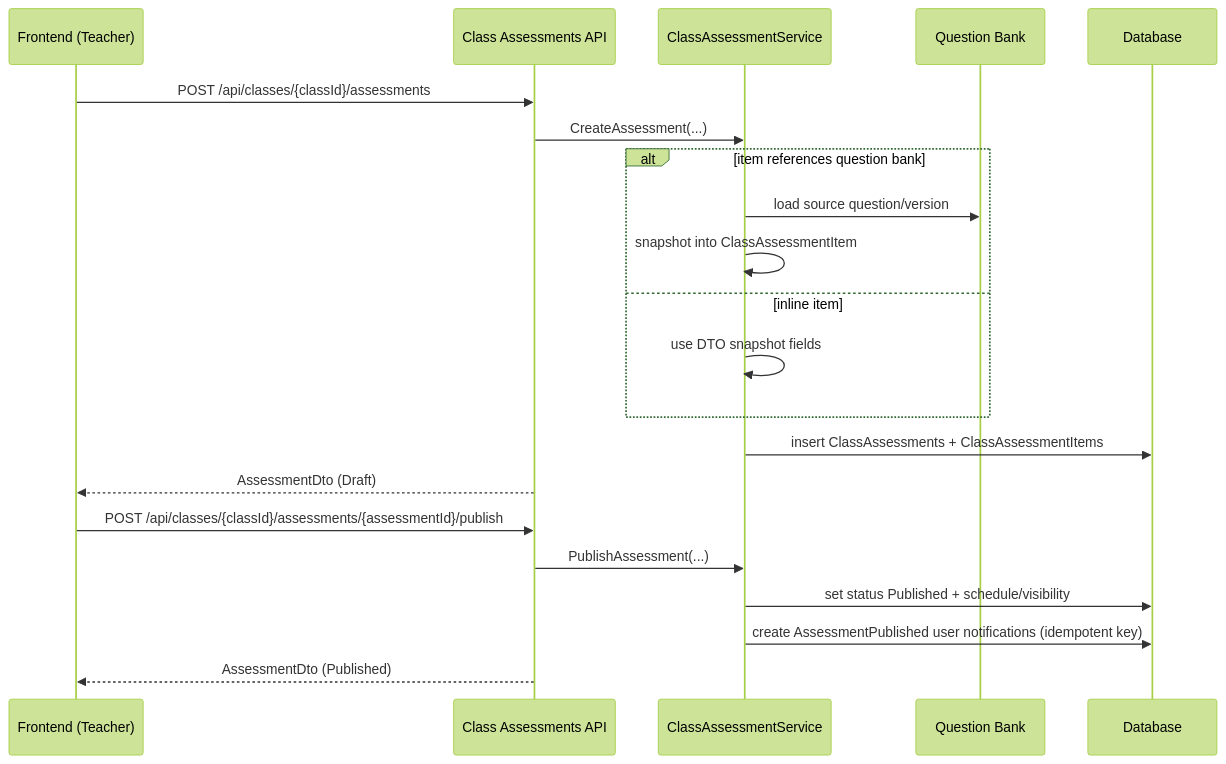
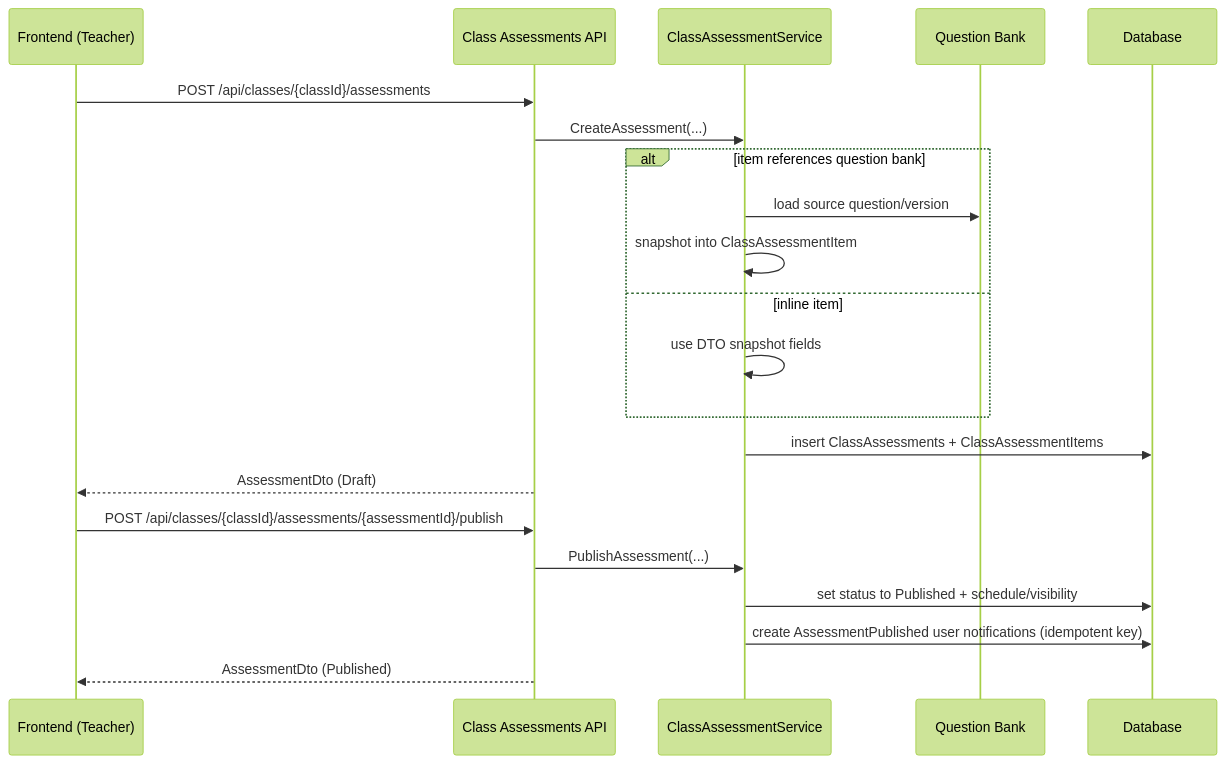
The first of 3 diagrams in docs/features/api-flow-assessment.md (Nguyentheanh1424/examxy), drawn with Mermaid (forest theme) before and after one commit. The commit also changed other lines of this file and 27 other files, not shown here.

````diff
--- a/docs/features/api-flow-assessment.md
+++ b/docs/features/api-flow-assessment.md
@@ -5,25 +5,25 @@
 ```mermaid
 sequenceDiagram
     participant FE as Frontend (Teacher)
     participant API as Class Assessments API
     participant SVC as ClassAssessmentService
     participant QBank as Question Bank
     participant DB as Database
 
     FE->>API: POST /api/classes/{classId}/assessments
     API->>SVC: CreateAssessment(...)
     alt item references question bank
         SVC->>QBank: load source question/version
         SVC->>SVC: snapshot into ClassAssessmentItem
     else inline item
         SVC->>SVC: use DTO snapshot fields
     end
     SVC->>DB: insert ClassAssessments + ClassAssessmentItems
     API-->>FE: AssessmentDto (Draft)
 
     FE->>API: POST /api/classes/{classId}/assessments/{assessmentId}/publish
     API->>SVC: PublishAssessment(...)
-    SVC->>DB: set status Published + schedule/visibility
+    SVC->>DB: set status to Published + schedule/visibility
     SVC->>DB: create AssessmentPublished user notifications (idempotent key)
     API-->>FE: AssessmentDto (Published)
 ```
````
